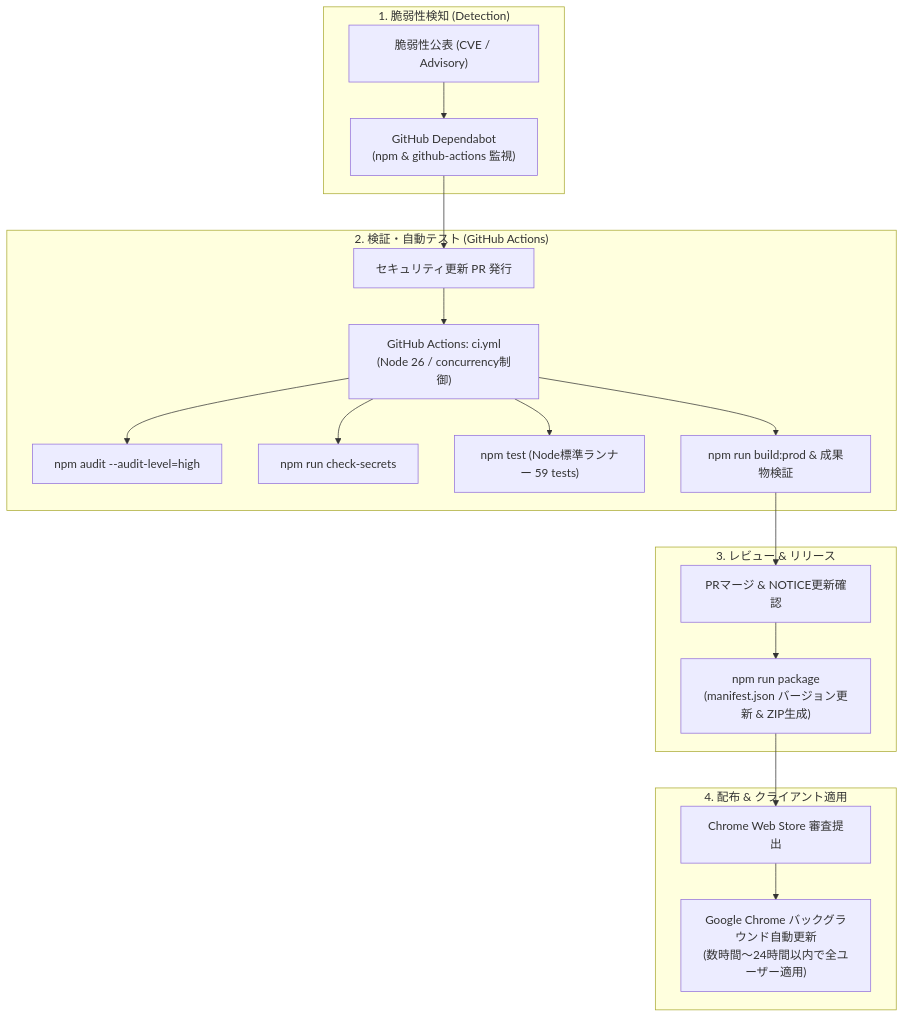
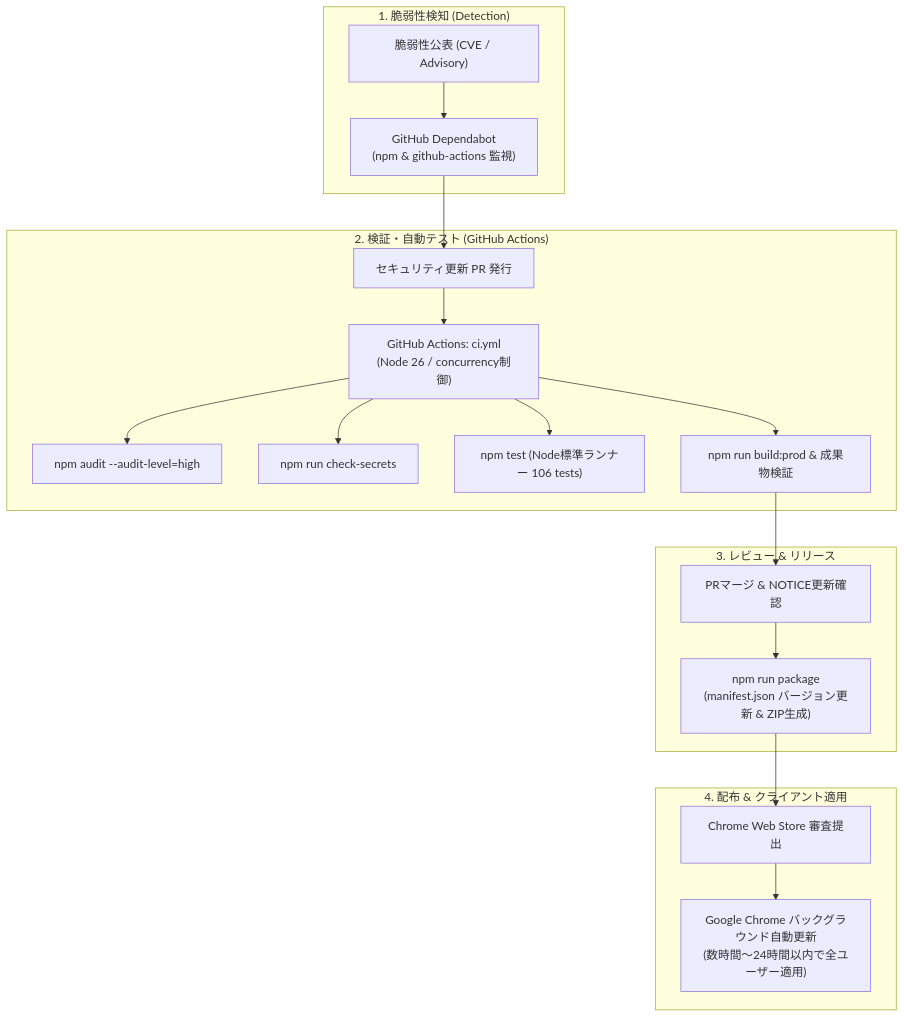
Before and after one commit to zyanpoyo/HoYoPass: the first of 2 diagrams in docs/design/ci_cd_security_architecture.md, drawn with Mermaid. The commit also changed other lines of this file and 3 other files, not shown here.

````diff
--- a/docs/design/ci_cd_security_architecture.md
+++ b/docs/design/ci_cd_security_architecture.md
@@ -28,40 +28,40 @@
 ```mermaid
 flowchart TD
     subgraph Detection["1. 脆弱性検知 (Detection)"]
         Advisory["脆弱性公表 (CVE / Advisory)"]
         Dependabot["GitHub Dependabot<br>(npm & github-actions 監視)"]
         Advisory --> Dependabot
     end
 
     subgraph Verification["2. 検証・自動テスト (GitHub Actions)"]
         PR["セキュリティ更新 PR 発行"]
         CI["GitHub Actions: ci.yml<br>(Node 26 / concurrency制御)"]
         Audit["npm audit --audit-level=high"]
         Secrets["npm run check-secrets"]
-        Test["npm test (Node標準ランナー 59 tests)"]
+        Test["npm test (Node標準ランナー 106 tests)"]
         Build["npm run build:prod & 成果物検証"]
 
         Dependabot --> PR
         PR --> CI
         CI --> Audit
         CI --> Secrets
         CI --> Test
         CI --> Build
     end
 
     subgraph ReviewAndRelease["3. レビュー & リリース"]
         Review["PRマージ & NOTICE更新確認"]
         Package["npm run package<br>(manifest.json バージョン更新 & ZIP生成)"]
         
         Build --> Review
         Review --> Package
     end
 
     subgraph Distribution["4. 配布 & クライアント適用"]
         CWS["Chrome Web Store 審査提出"]
         BrowserUpdate["Google Chrome バックグラウンド自動更新<br>(数時間〜24時間以内で全ユーザー適用)"]
 
         Package --> CWS
         CWS --> BrowserUpdate
     end
 ```
````
